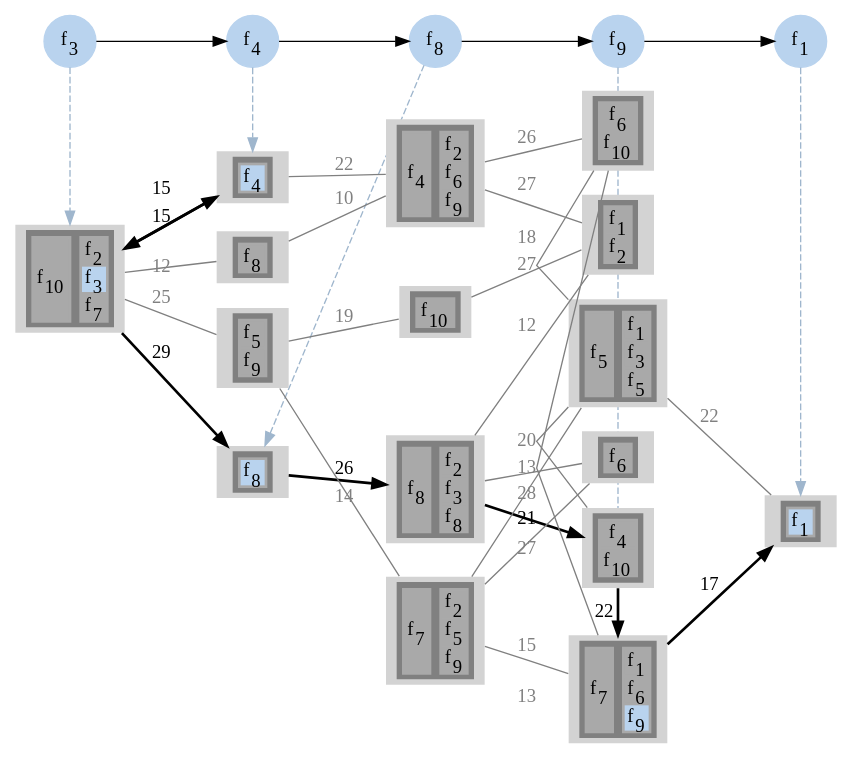
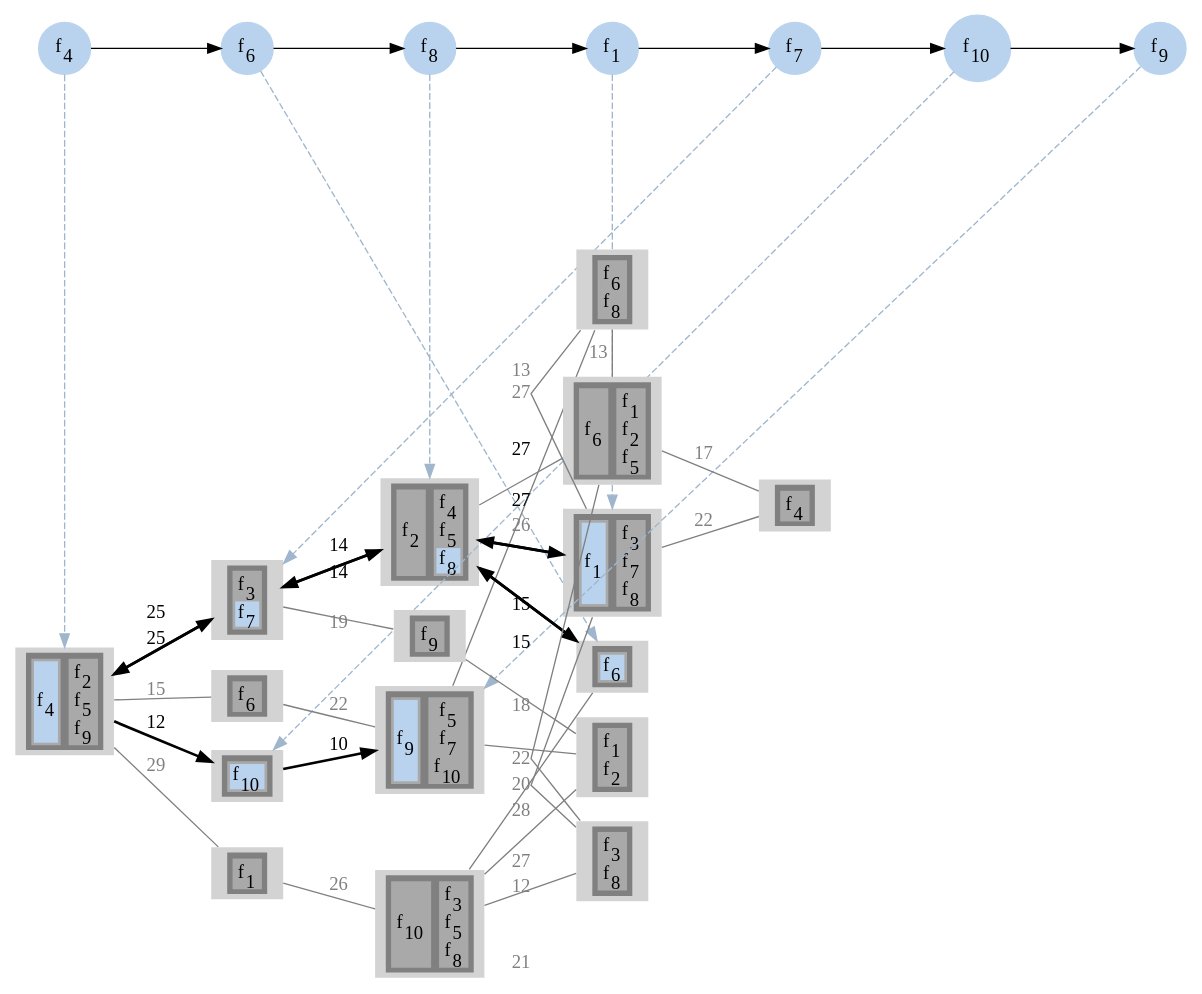
Before and after one commit to prateekshyap/SFC_Placement_in_VNF: the diagram in output/sevenReliabilityOne/gv/sfcAssgn15.gv, drawn with Graphviz. The commit also changed 80 other files, not shown here.

```diff
--- a/output/sevenReliabilityOne/gv/sfcAssgn15.gv
+++ b/output/sevenReliabilityOne/gv/sfcAssgn15.gv
@@ -5,20 +5,26 @@
 subgraph sfc
 {
 node [shape=circle]
-{rank = same; f3; };
 {rank = same; f4; };
+{rank = same; f6; };
 {rank = same; f8; };
+{rank = same; f1; };
+{rank = same; f7; };
+{rank = same; f10; };
 {rank = same; f9; };
-{rank = same; f1; };
-f3[style=filled label=<f<SUB>3</SUB>> color="slategray2"]
 f4[style=filled label=<f<SUB>4</SUB>> color="slategray2"]
+f6[style=filled label=<f<SUB>6</SUB>> color="slategray2"]
 f8[style=filled label=<f<SUB>8</SUB>> color="slategray2"]
+f1[style=filled label=<f<SUB>1</SUB>> color="slategray2"]
+f7[style=filled label=<f<SUB>7</SUB>> color="slategray2"]
+f10[style=filled label=<f<SUB>10</SUB>> color="slategray2"]
 f9[style=filled label=<f<SUB>9</SUB>> color="slategray2"]
-f1[style=filled label=<f<SUB>1</SUB>> color="slategray2"]
-f3 -> f4
-f4 -> f8
-f8 -> f9
-f9 -> f1
+f4 -> f6
+f6 -> f8
+f8 -> f1
+f1 -> f7
+f7 -> f10
+f10 -> f9
 }
 subgraph network
 {
@@ -34,14 +40,195 @@
 <TR>
 <TD>
 <TABLE BORDER="0" BGCOLOR="darkgray">
-<TR><TD PORT="f35" BGCOLOR="darkgray">f<SUB>10</SUB></TD></TR>
+<TR><TD PORT="f13" BGCOLOR="slategray2">f<SUB>4</SUB></TD></TR>
 </TABLE>
 </TD>
 <TD>
 <TABLE BORDER="0" BGCOLOR="darkgray">
-<TR><TD PORT="f7" BGCOLOR="darkgray">f<SUB>2</SUB></TD></TR>
-<TR><TD PORT="f11" BGCOLOR="slategray2">f<SUB>3</SUB></TD></TR>
+<TR><TD PORT="f8" BGCOLOR="darkgray">f<SUB>2</SUB></TD></TR>
+<TR><TD PORT="f20" BGCOLOR="darkgray">f<SUB>5</SUB></TD></TR>
+<TR><TD PORT="f35" BGCOLOR="darkgray">f<SUB>9</SUB></TD></TR>
+</TABLE>
+</TD>
+</TR>
+</TABLE>>]
+
+10[style=filled
+label=<
+<TABLE BORDER="0" BGCOLOR="gray">
+<TR>
+<TD>
+<TABLE BORDER="0" BGCOLOR="darkgray">
+<TR><TD PORT="f21" BGCOLOR="slategray2">f<SUB>6</SUB></TD></TR>
+</TABLE>
+</TD>
+</TR>
+</TABLE>>]
+
+10[style=filled
+label=<
+<TABLE BORDER="0" BGCOLOR="gray">
+<TR>
+<TD>
+<TABLE BORDER="0" BGCOLOR="darkgray">
+<TR><TD PORT="f21" BGCOLOR="slategray2">f<SUB>6</SUB></TD></TR>
+</TABLE>
+</TD>
+</TR>
+</TABLE>>]
+
+9[style=filled
+label=<
+<TABLE BORDER="0" BGCOLOR="gray">
+<TR>
+<TD>
+<TABLE BORDER="0" BGCOLOR="darkgray">
+<TR><TD PORT="f6" BGCOLOR="darkgray">f<SUB>2</SUB></TD></TR>
+</TABLE>
+</TD>
+<TD>
+<TABLE BORDER="0" BGCOLOR="darkgray">
+<TR><TD PORT="f15" BGCOLOR="darkgray">f<SUB>4</SUB></TD></TR>
+<TR><TD PORT="f18" BGCOLOR="darkgray">f<SUB>5</SUB></TD></TR>
+<TR><TD PORT="f29" BGCOLOR="slategray2">f<SUB>8</SUB></TD></TR>
+</TABLE>
+</TD>
+</TR>
+</TABLE>>]
+
+9[style=filled
+label=<
+<TABLE BORDER="0" BGCOLOR="gray">
+<TR>
+<TD>
+<TABLE BORDER="0" BGCOLOR="darkgray">
+<TR><TD PORT="f6" BGCOLOR="darkgray">f<SUB>2</SUB></TD></TR>
+</TABLE>
+</TD>
+<TD>
+<TABLE BORDER="0" BGCOLOR="darkgray">
+<TR><TD PORT="f15" BGCOLOR="darkgray">f<SUB>4</SUB></TD></TR>
+<TR><TD PORT="f18" BGCOLOR="darkgray">f<SUB>5</SUB></TD></TR>
+<TR><TD PORT="f29" BGCOLOR="slategray2">f<SUB>8</SUB></TD></TR>
+</TABLE>
+</TD>
+</TR>
+</TABLE>>]
+
+13[style=filled
+label=<
+<TABLE BORDER="0" BGCOLOR="gray">
+<TR>
+<TD>
+<TABLE BORDER="0" BGCOLOR="darkgray">
+<TR><TD PORT="f3" BGCOLOR="slategray2">f<SUB>1</SUB></TD></TR>
+</TABLE>
+</TD>
+<TD>
+<TABLE BORDER="0" BGCOLOR="darkgray">
+<TR><TD PORT="f12" BGCOLOR="darkgray">f<SUB>3</SUB></TD></TR>
 <TR><TD PORT="f26" BGCOLOR="darkgray">f<SUB>7</SUB></TD></TR>
+<TR><TD PORT="f31" BGCOLOR="darkgray">f<SUB>8</SUB></TD></TR>
+</TABLE>
+</TD>
+</TR>
+</TABLE>>]
+
+13[style=filled
+label=<
+<TABLE BORDER="0" BGCOLOR="gray">
+<TR>
+<TD>
+<TABLE BORDER="0" BGCOLOR="darkgray">
+<TR><TD PORT="f3" BGCOLOR="slategray2">f<SUB>1</SUB></TD></TR>
+</TABLE>
+</TD>
+<TD>
+<TABLE BORDER="0" BGCOLOR="darkgray">
+<TR><TD PORT="f12" BGCOLOR="darkgray">f<SUB>3</SUB></TD></TR>
+<TR><TD PORT="f26" BGCOLOR="darkgray">f<SUB>7</SUB></TD></TR>
+<TR><TD PORT="f31" BGCOLOR="darkgray">f<SUB>8</SUB></TD></TR>
+</TABLE>
+</TD>
+</TR>
+</TABLE>>]
+
+8[style=filled
+label=<
+<TABLE BORDER="0" BGCOLOR="gray">
+<TR>
+<TD>
+<TABLE BORDER="0" BGCOLOR="darkgray">
+<TR><TD PORT="f11" BGCOLOR="darkgray">f<SUB>3</SUB></TD></TR>
+<TR><TD PORT="f27" BGCOLOR="slategray2">f<SUB>7</SUB></TD></TR>
+</TABLE>
+</TD>
+</TR>
+</TABLE>>]
+
+8[style=filled
+label=<
+<TABLE BORDER="0" BGCOLOR="gray">
+<TR>
+<TD>
+<TABLE BORDER="0" BGCOLOR="darkgray">
+<TR><TD PORT="f11" BGCOLOR="darkgray">f<SUB>3</SUB></TD></TR>
+<TR><TD PORT="f27" BGCOLOR="slategray2">f<SUB>7</SUB></TD></TR>
+</TABLE>
+</TD>
+</TR>
+</TABLE>>]
+
+2[style=filled
+label=<
+<TABLE BORDER="0" BGCOLOR="gray">
+<TR>
+<TD>
+<TABLE BORDER="0" BGCOLOR="darkgray">
+<TR><TD PORT="f37" BGCOLOR="slategray2">f<SUB>10</SUB></TD></TR>
+</TABLE>
+</TD>
+</TR>
+</TABLE>>]
+
+2[style=filled
+label=<
+<TABLE BORDER="0" BGCOLOR="gray">
+<TR>
+<TD>
+<TABLE BORDER="0" BGCOLOR="darkgray">
+<TR><TD PORT="f37" BGCOLOR="slategray2">f<SUB>10</SUB></TD></TR>
+</TABLE>
+</TD>
+</TR>
+</TABLE>>]
+
+4[style=filled
+label=<
+<TABLE BORDER="0" BGCOLOR="gray">
+<TR>
+<TD>
+<TABLE BORDER="0" BGCOLOR="darkgray">
+<TR><TD PORT="f34" BGCOLOR="slategray2">f<SUB>9</SUB></TD></TR>
+</TABLE>
+</TD>
+<TD>
+<TABLE BORDER="0" BGCOLOR="darkgray">
+<TR><TD PORT="f19" BGCOLOR="darkgray">f<SUB>5</SUB></TD></TR>
+<TR><TD PORT="f25" BGCOLOR="darkgray">f<SUB>7</SUB></TD></TR>
+<TR><TD PORT="f38" BGCOLOR="darkgray">f<SUB>10</SUB></TD></TR>
+</TABLE>
+</TD>
+</TR>
+</TABLE>>]
+
+3[style=filled
+label=<
+<TABLE BORDER="0" BGCOLOR="gray">
+<TR>
+<TD>
+<TABLE BORDER="0" BGCOLOR="darkgray">
+<TR><TD PORT="f4" BGCOLOR="darkgray">f<SUB>1</SUB></TD></TR>
 </TABLE>
 </TD>
 </TR>
@@ -53,137 +240,7 @@
 <TR>
 <TD>
 <TABLE BORDER="0" BGCOLOR="darkgray">
-<TR><TD PORT="f14" BGCOLOR="slategray2">f<SUB>4</SUB></TD></TR>
-</TABLE>
-</TD>
-</TR>
-</TABLE>>]
-
-15[style=filled
-label=<
-<TABLE BORDER="0" BGCOLOR="gray">
-<TR>
-<TD>
-<TABLE BORDER="0" BGCOLOR="darkgray">
-<TR><TD PORT="f14" BGCOLOR="slategray2">f<SUB>4</SUB></TD></TR>
-</TABLE>
-</TD>
-</TR>
-</TABLE>>]
-
-3[style=filled
-label=<
-<TABLE BORDER="0" BGCOLOR="gray">
-<TR>
-<TD>
-<TABLE BORDER="0" BGCOLOR="darkgray">
-<TR><TD PORT="f29" BGCOLOR="slategray2">f<SUB>8</SUB></TD></TR>
-</TABLE>
-</TD>
-</TR>
-</TABLE>>]
-
-3[style=filled
-label=<
-<TABLE BORDER="0" BGCOLOR="gray">
-<TR>
-<TD>
-<TABLE BORDER="0" BGCOLOR="darkgray">
-<TR><TD PORT="f29" BGCOLOR="slategray2">f<SUB>8</SUB></TD></TR>
-</TABLE>
-</TD>
-</TR>
-</TABLE>>]
-
-12[style=filled
-label=<
-<TABLE BORDER="0" BGCOLOR="gray">
-<TR>
-<TD>
-<TABLE BORDER="0" BGCOLOR="darkgray">
-<TR><TD PORT="f25" BGCOLOR="darkgray">f<SUB>7</SUB></TD></TR>
-</TABLE>
-</TD>
-<TD>
-<TABLE BORDER="0" BGCOLOR="darkgray">
-<TR><TD PORT="f2" BGCOLOR="darkgray">f<SUB>1</SUB></TD></TR>
-<TR><TD PORT="f22" BGCOLOR="darkgray">f<SUB>6</SUB></TD></TR>
-<TR><TD PORT="f33" BGCOLOR="slategray2">f<SUB>9</SUB></TD></TR>
-</TABLE>
-</TD>
-</TR>
-</TABLE>>]
-
-12[style=filled
-label=<
-<TABLE BORDER="0" BGCOLOR="gray">
-<TR>
-<TD>
-<TABLE BORDER="0" BGCOLOR="darkgray">
-<TR><TD PORT="f25" BGCOLOR="darkgray">f<SUB>7</SUB></TD></TR>
-</TABLE>
-</TD>
-<TD>
-<TABLE BORDER="0" BGCOLOR="darkgray">
-<TR><TD PORT="f2" BGCOLOR="darkgray">f<SUB>1</SUB></TD></TR>
-<TR><TD PORT="f22" BGCOLOR="darkgray">f<SUB>6</SUB></TD></TR>
-<TR><TD PORT="f33" BGCOLOR="slategray2">f<SUB>9</SUB></TD></TR>
-</TABLE>
-</TD>
-</TR>
-</TABLE>>]
-
-16[style=filled
-label=<
-<TABLE BORDER="0" BGCOLOR="gray">
-<TR>
-<TD>
-<TABLE BORDER="0" BGCOLOR="darkgray">
-<TR><TD PORT="f4" BGCOLOR="slategray2">f<SUB>1</SUB></TD></TR>
-</TABLE>
-</TD>
-</TR>
-</TABLE>>]
-
-2[style=filled
-label=<
-<TABLE BORDER="0" BGCOLOR="gray">
-<TR>
-<TD>
-<TABLE BORDER="0" BGCOLOR="darkgray">
-<TR><TD PORT="f28" BGCOLOR="darkgray">f<SUB>8</SUB></TD></TR>
-</TABLE>
-</TD>
-</TR>
-</TABLE>>]
-
-8[style=filled
-label=<
-<TABLE BORDER="0" BGCOLOR="gray">
-<TR>
-<TD>
-<TABLE BORDER="0" BGCOLOR="darkgray">
-<TR><TD PORT="f17" BGCOLOR="darkgray">f<SUB>5</SUB></TD></TR>
-<TR><TD PORT="f34" BGCOLOR="darkgray">f<SUB>9</SUB></TD></TR>
-</TABLE>
-</TD>
-</TR>
-</TABLE>>]
-
-4[style=filled
-label=<
-<TABLE BORDER="0" BGCOLOR="gray">
-<TR>
-<TD>
-<TABLE BORDER="0" BGCOLOR="darkgray">
-<TR><TD PORT="f15" BGCOLOR="darkgray">f<SUB>4</SUB></TD></TR>
-</TABLE>
-</TD>
-<TD>
-<TABLE BORDER="0" BGCOLOR="darkgray">
-<TR><TD PORT="f8" BGCOLOR="darkgray">f<SUB>2</SUB></TD></TR>
-<TR><TD PORT="f21" BGCOLOR="darkgray">f<SUB>6</SUB></TD></TR>
-<TR><TD PORT="f31" BGCOLOR="darkgray">f<SUB>9</SUB></TD></TR>
+<TR><TD PORT="f23" BGCOLOR="darkgray">f<SUB>6</SUB></TD></TR>
 </TABLE>
 </TD>
 </TR>
@@ -195,14 +252,14 @@
 <TR>
 <TD>
 <TABLE BORDER="0" BGCOLOR="darkgray">
-<TR><TD PORT="f27" BGCOLOR="darkgray">f<SUB>8</SUB></TD></TR>
+<TR><TD PORT="f36" BGCOLOR="darkgray">f<SUB>10</SUB></TD></TR>
 </TABLE>
 </TD>
 <TD>
 <TABLE BORDER="0" BGCOLOR="darkgray">
-<TR><TD PORT="f9" BGCOLOR="darkgray">f<SUB>2</SUB></TD></TR>
-<TR><TD PORT="f10" BGCOLOR="darkgray">f<SUB>3</SUB></TD></TR>
-<TR><TD PORT="f30" BGCOLOR="darkgray">f<SUB>8</SUB></TD></TR>
+<TR><TD PORT="f9" BGCOLOR="darkgray">f<SUB>3</SUB></TD></TR>
+<TR><TD PORT="f16" BGCOLOR="darkgray">f<SUB>5</SUB></TD></TR>
+<TR><TD PORT="f28" BGCOLOR="darkgray">f<SUB>8</SUB></TD></TR>
 </TABLE>
 </TD>
 </TR>
@@ -227,8 +284,8 @@
 <TR>
 <TD>
 <TABLE BORDER="0" BGCOLOR="darkgray">
-<TR><TD PORT="f23" BGCOLOR="darkgray">f<SUB>6</SUB></TD></TR>
-<TR><TD PORT="f38" BGCOLOR="darkgray">f<SUB>10</SUB></TD></TR>
+<TR><TD PORT="f24" BGCOLOR="darkgray">f<SUB>6</SUB></TD></TR>
+<TR><TD PORT="f30" BGCOLOR="darkgray">f<SUB>8</SUB></TD></TR>
 </TABLE>
 </TD>
 </TR>
@@ -240,19 +297,7 @@
 <TR>
 <TD>
 <TABLE BORDER="0" BGCOLOR="darkgray">
-<TR><TD PORT="f37" BGCOLOR="darkgray">f<SUB>10</SUB></TD></TR>
-</TABLE>
-</TD>
-</TR>
-</TABLE>>]
-
-10[style=filled
-label=<
-<TABLE BORDER="0" BGCOLOR="gray">
-<TR>
-<TD>
-<TABLE BORDER="0" BGCOLOR="darkgray">
-<TR><TD PORT="f20" BGCOLOR="darkgray">f<SUB>6</SUB></TD></TR>
+<TR><TD PORT="f33" BGCOLOR="darkgray">f<SUB>9</SUB></TD></TR>
 </TABLE>
 </TD>
 </TR>
@@ -264,81 +309,79 @@
 <TR>
 <TD>
 <TABLE BORDER="0" BGCOLOR="darkgray">
-<TR><TD PORT="f13" BGCOLOR="darkgray">f<SUB>4</SUB></TD></TR>
-<TR><TD PORT="f36" BGCOLOR="darkgray">f<SUB>10</SUB></TD></TR>
+<TR><TD PORT="f10" BGCOLOR="darkgray">f<SUB>3</SUB></TD></TR>
+<TR><TD PORT="f32" BGCOLOR="darkgray">f<SUB>8</SUB></TD></TR>
 </TABLE>
 </TD>
 </TR>
 </TABLE>>]
 
-9[style=filled
+12[style=filled
 label=<
 <TABLE BORDER="0" BGCOLOR="gray">
 <TR>
 <TD>
 <TABLE BORDER="0" BGCOLOR="darkgray">
-<TR><TD PORT="f24" BGCOLOR="darkgray">f<SUB>7</SUB></TD></TR>
+<TR><TD PORT="f22" BGCOLOR="darkgray">f<SUB>6</SUB></TD></TR>
 </TABLE>
 </TD>
 <TD>
 <TABLE BORDER="0" BGCOLOR="darkgray">
-<TR><TD PORT="f6" BGCOLOR="darkgray">f<SUB>2</SUB></TD></TR>
-<TR><TD PORT="f16" BGCOLOR="darkgray">f<SUB>5</SUB></TD></TR>
-<TR><TD PORT="f32" BGCOLOR="darkgray">f<SUB>9</SUB></TD></TR>
+<TR><TD PORT="f2" BGCOLOR="darkgray">f<SUB>1</SUB></TD></TR>
+<TR><TD PORT="f7" BGCOLOR="darkgray">f<SUB>2</SUB></TD></TR>
+<TR><TD PORT="f17" BGCOLOR="darkgray">f<SUB>5</SUB></TD></TR>
 </TABLE>
 </TD>
 </TR>
 </TABLE>>]
 
-13[style=filled
+16[style=filled
 label=<
 <TABLE BORDER="0" BGCOLOR="gray">
 <TR>
 <TD>
 <TABLE BORDER="0" BGCOLOR="darkgray">
-<TR><TD PORT="f18" BGCOLOR="darkgray">f<SUB>5</SUB></TD></TR>
-</TABLE>
-</TD>
-<TD>
-<TABLE BORDER="0" BGCOLOR="darkgray">
-<TR><TD PORT="f3" BGCOLOR="darkgray">f<SUB>1</SUB></TD></TR>
-<TR><TD PORT="f12" BGCOLOR="darkgray">f<SUB>3</SUB></TD></TR>
-<TR><TD PORT="f19" BGCOLOR="darkgray">f<SUB>5</SUB></TD></TR>
+<TR><TD PORT="f14" BGCOLOR="darkgray">f<SUB>4</SUB></TD></TR>
 </TABLE>
 </TD>
 </TR>
 </TABLE>>]
 
-1 -> 15[label="15" color="black" penwidth=2]
-15 -> 1[label="15" color="black" penwidth=2]
-1 -> 3[label="29" color="black" penwidth=2]
-3 -> 6[label="26" color="black" penwidth=2]
-6 -> 14[label="21" color="black" penwidth=2]
-14 -> 12[label="22" color="black" penwidth=2]
-12 -> 16[label="17" color="black" penwidth=2]
-1 -> 2[label="12" color="gray" fontcolor="gray" dir = none]
-1 -> 8[label="25" color="gray" fontcolor="gray" dir = none]
-2 -> 4[label="10" color="gray" fontcolor="gray" dir = none]
+1 -> 8[label="25" color="black" penwidth=2]
+8 -> 9[label="14" color="black" penwidth=2]
+9 -> 10[label="15" color="black" penwidth=2]
+10 -> 9[label="15" color="black" penwidth=2]
+9 -> 13[label="27" color="black" penwidth=2]
+13 -> 9[label="27" color="black" penwidth=2]
+9 -> 8[label="14" color="black" penwidth=2]
+8 -> 1[label="25" color="black" penwidth=2]
+1 -> 2[label="12" color="black" penwidth=2]
+2 -> 4[label="10" color="black" penwidth=2]
+1 -> 3[label="29" color="gray" fontcolor="gray" dir = none]
+1 -> 15[label="15" color="gray" fontcolor="gray" dir = none]
+3 -> 6[label="26" color="gray" fontcolor="gray" dir = none]
 4 -> 5[label="27" color="gray" fontcolor="gray" dir = none]
 4 -> 11[label="26" color="gray" fontcolor="gray" dir = none]
 4 -> 15[label="22" color="gray" fontcolor="gray" dir = none]
 5 -> 6[label="12" color="gray" fontcolor="gray" dir = none]
 5 -> 7[label="18" color="gray" fontcolor="gray" dir = none]
 6 -> 10[label="28" color="gray" fontcolor="gray" dir = none]
+6 -> 14[label="21" color="gray" fontcolor="gray" dir = none]
 7 -> 8[label="19" color="gray" fontcolor="gray" dir = none]
-8 -> 9[label="14" color="gray" fontcolor="gray" dir = none]
-9 -> 10[label="15" color="gray" fontcolor="gray" dir = none]
 9 -> 12[label="13" color="gray" fontcolor="gray" dir = none]
-9 -> 13[label="27" color="gray" fontcolor="gray" dir = none]
 11 -> 12[label="13" color="gray" fontcolor="gray" dir = none]
 11 -> 13[label="27" color="gray" fontcolor="gray" dir = none]
+12 -> 14[label="22" color="gray" fontcolor="gray" dir = none]
+12 -> 16[label="17" color="gray" fontcolor="gray" dir = none]
 13 -> 14[label="20" color="gray" fontcolor="gray" dir = none]
 13 -> 16[label="22" color="gray" fontcolor="gray" dir = none]
 }
 splines=false
-f3 -> 1[color="slategray3" style=dashed constraint=false]
-f4 -> 15[color="slategray3" style=dashed constraint=false]
-f8 -> 3[color="slategray3" style=dashed constraint=false]
-f9 -> 12[color="slategray3" style=dashed constraint=false]
-f1 -> 16[color="slategray3" style=dashed constraint=false]
+f4 -> 1[color="slategray3" style=dashed constraint=false]
+f6 -> 10[color="slategray3" style=dashed constraint=false]
+f8 -> 9[color="slategray3" style=dashed constraint=false]
+f1 -> 13[color="slategray3" style=dashed constraint=false]
+f7 -> 8[color="slategray3" style=dashed constraint=false]
+f10 -> 2[color="slategray3" style=dashed constraint=false]
+f9 -> 4[color="slategray3" style=dashed constraint=false]
 }
```
